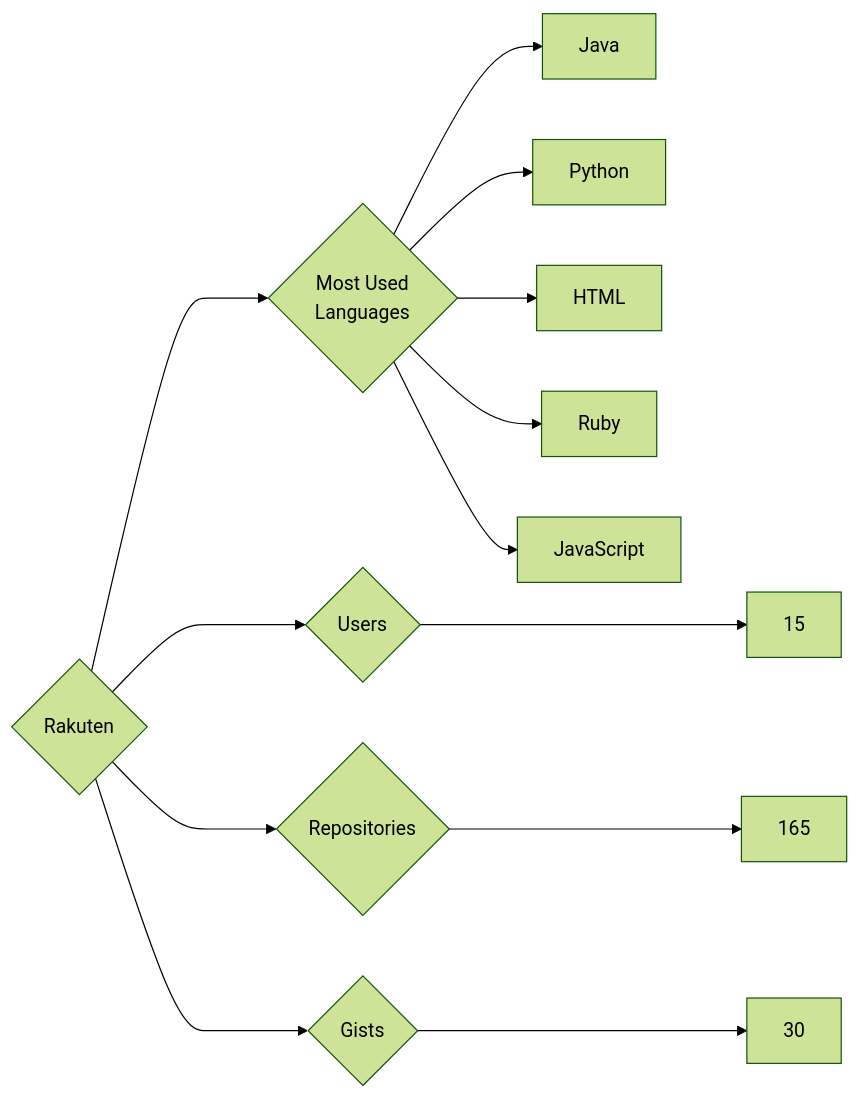
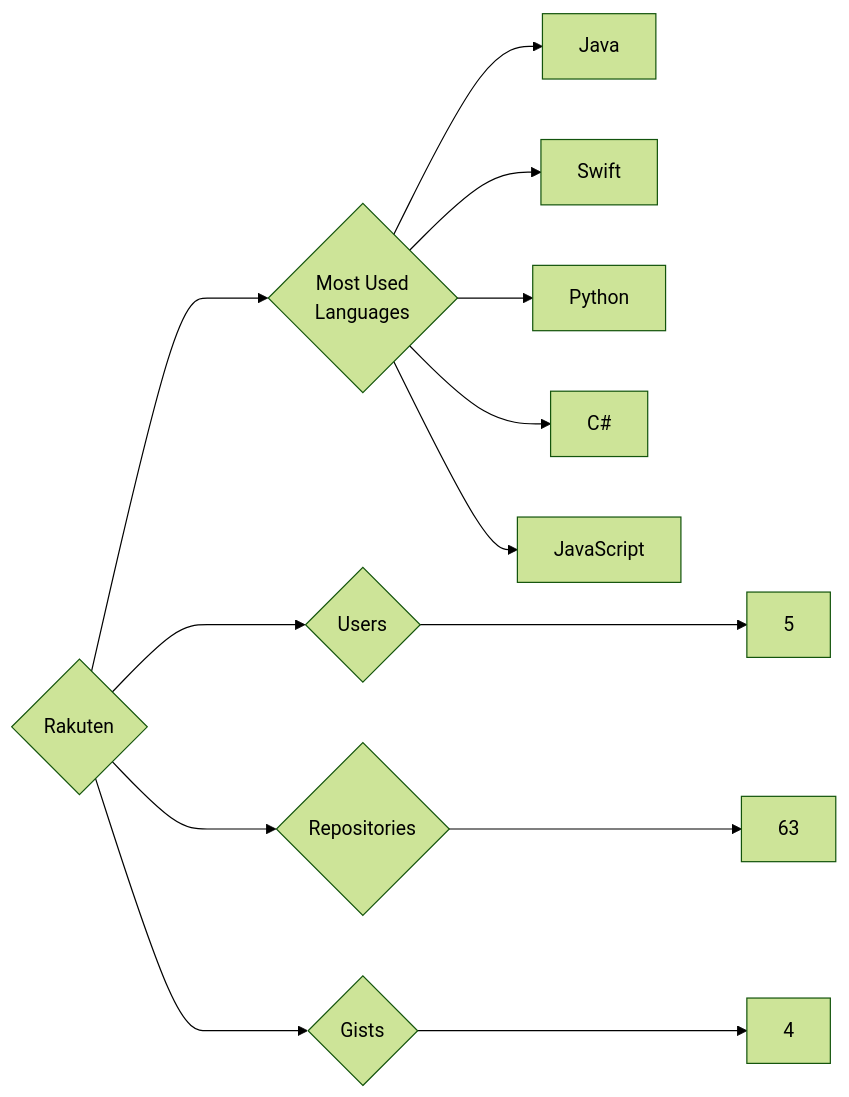
One commit to trickest/insiders changed the diagram in targets/Rakuten/README.md. Above: the diagram before and after it, drawn with Mermaid (forest theme). The commit also changed 964 other files, not shown here.

````diff
--- a/targets/Rakuten/README.md
+++ b/targets/Rakuten/README.md
@@ -3,13 +3,13 @@
 ```mermaid
 graph LR
 COMPANY_NAME{Rakuten}
-COMPANY_NAME ---> U{Users} ---> UN[15]
-COMPANY_NAME ---> R{Repositories} ---> RN[165]
-COMPANY_NAME ---> G{Gists} ---> GN[30]
+COMPANY_NAME ---> U{Users} ---> UN[5]
+COMPANY_NAME ---> R{Repositories} ---> RN[63]
+COMPANY_NAME ---> G{Gists} ---> GN[4]
 COMPANY_NAME ---> ML{Most Used<br>Languages}
 ML --> Java[Java]
+ML --> Swift[Swift]
 ML --> Python[Python]
-ML --> HTML[HTML]
-ML --> Ruby[Ruby]
+ML --> C#[C#]
 ML --> JavaScript[JavaScript]
 ```
````
